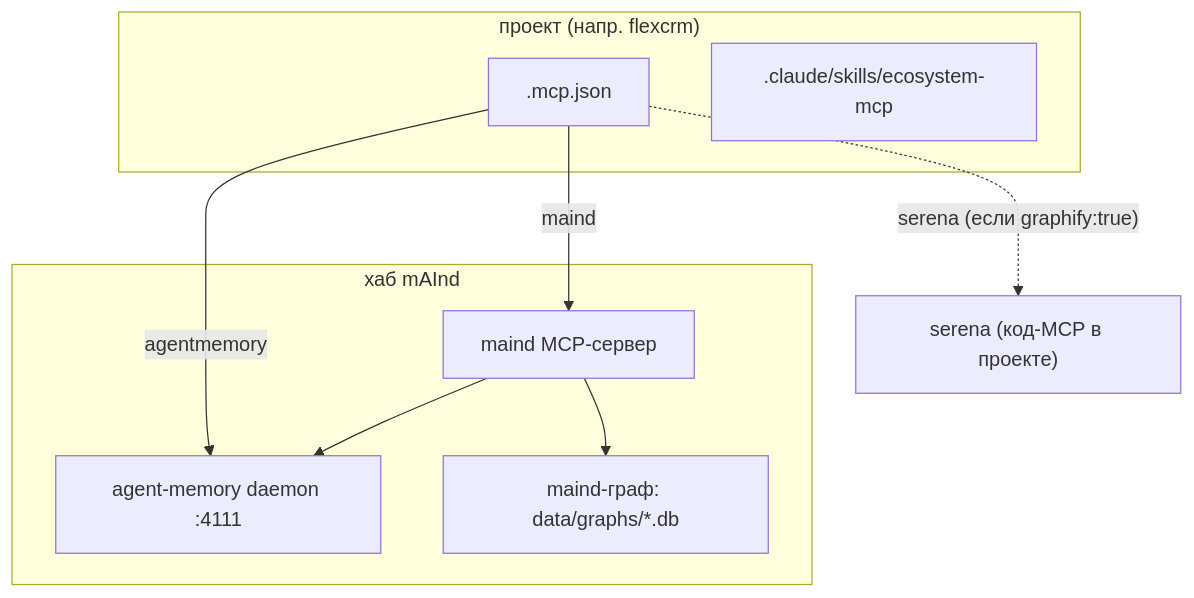
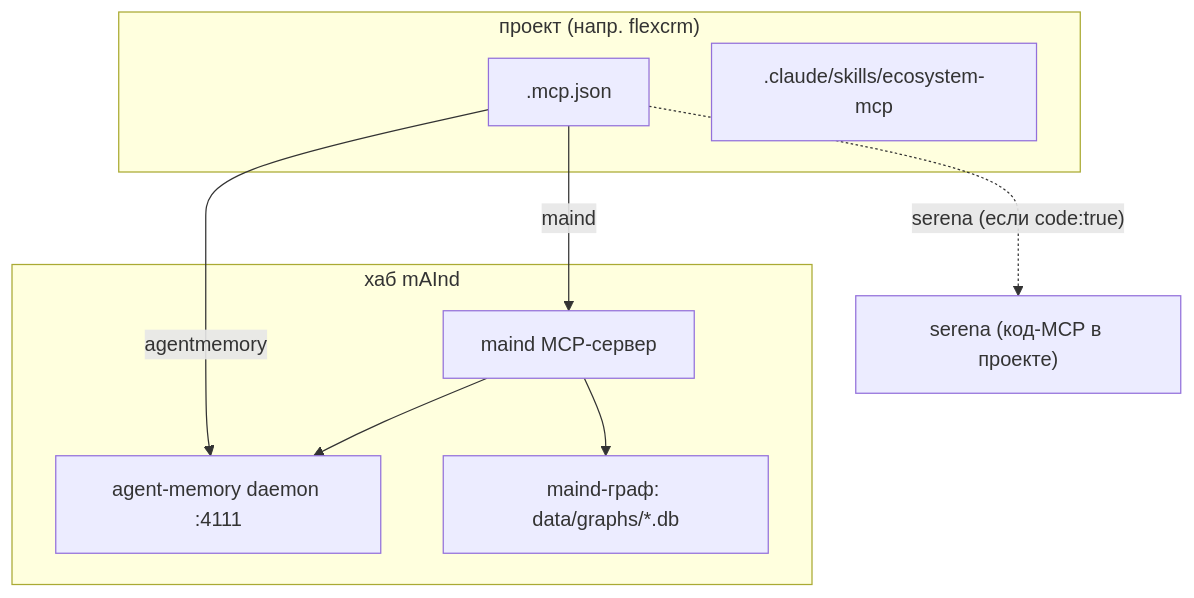
The first of 4 diagrams in docs/guide/how-it-works.md (academici/swissknifeman), drawn with Mermaid before and after one commit. The commit also changed other lines of this file and 36 other files, not shown here.

````diff
--- a/docs/guide/how-it-works.md
+++ b/docs/guide/how-it-works.md
@@ -23,18 +23,18 @@
 ```mermaid
 graph TB
   subgraph proj["проект (напр. flexcrm)"]
     MCPJSON[".mcp.json"]
     SKILL[".claude/skills/ecosystem-mcp"]
   end
   subgraph hub["хаб mAInd"]
     MEM["agent-memory daemon :4111"]
     GR["maind-граф: data/graphs/*.db"]
     SRV["maind MCP-сервер"]
   end
   GFY["serena (код-MCP в проекте)"]
   MCPJSON -- "agentmemory" --> MEM
   MCPJSON -- "maind" --> SRV
-  MCPJSON -. "serena (если graphify:true)" .-> GFY
+  MCPJSON -. "serena (если code:true)" .-> GFY
   SRV --> GR
   SRV --> MEM
 ```
````
